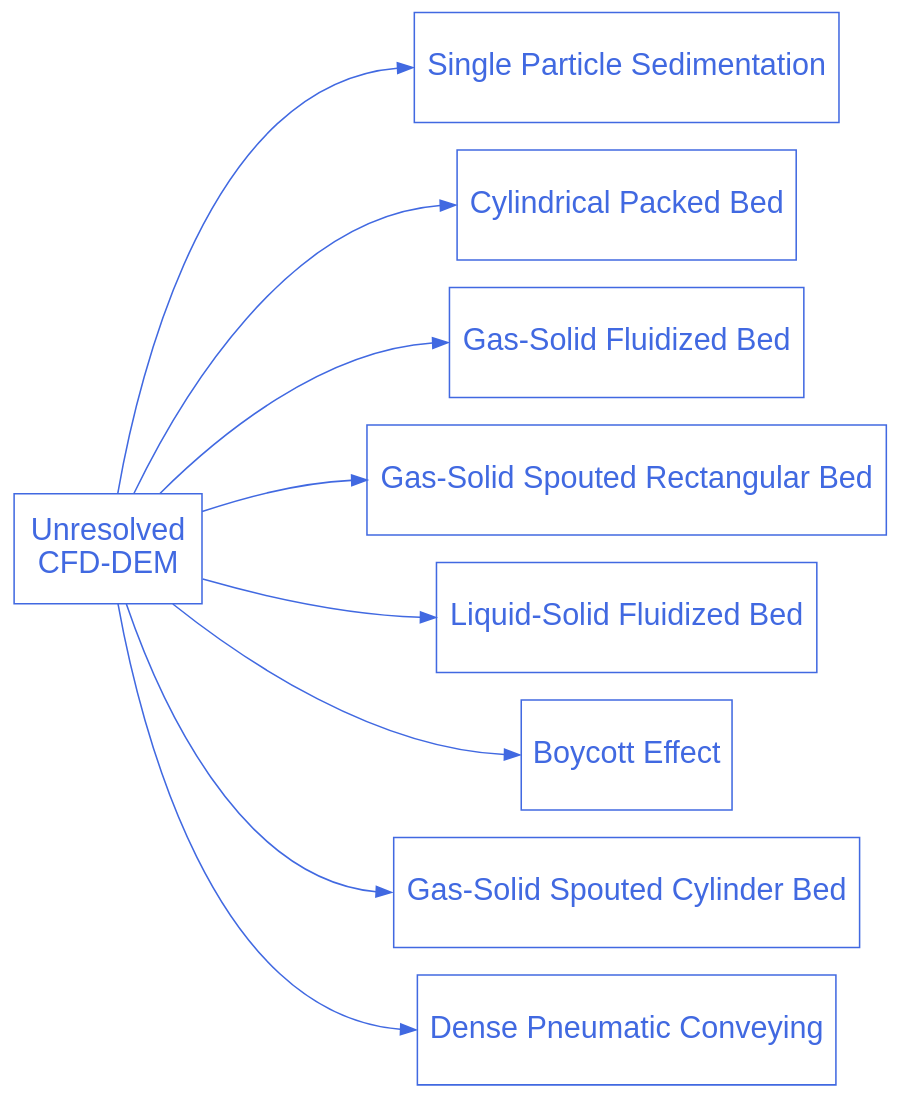
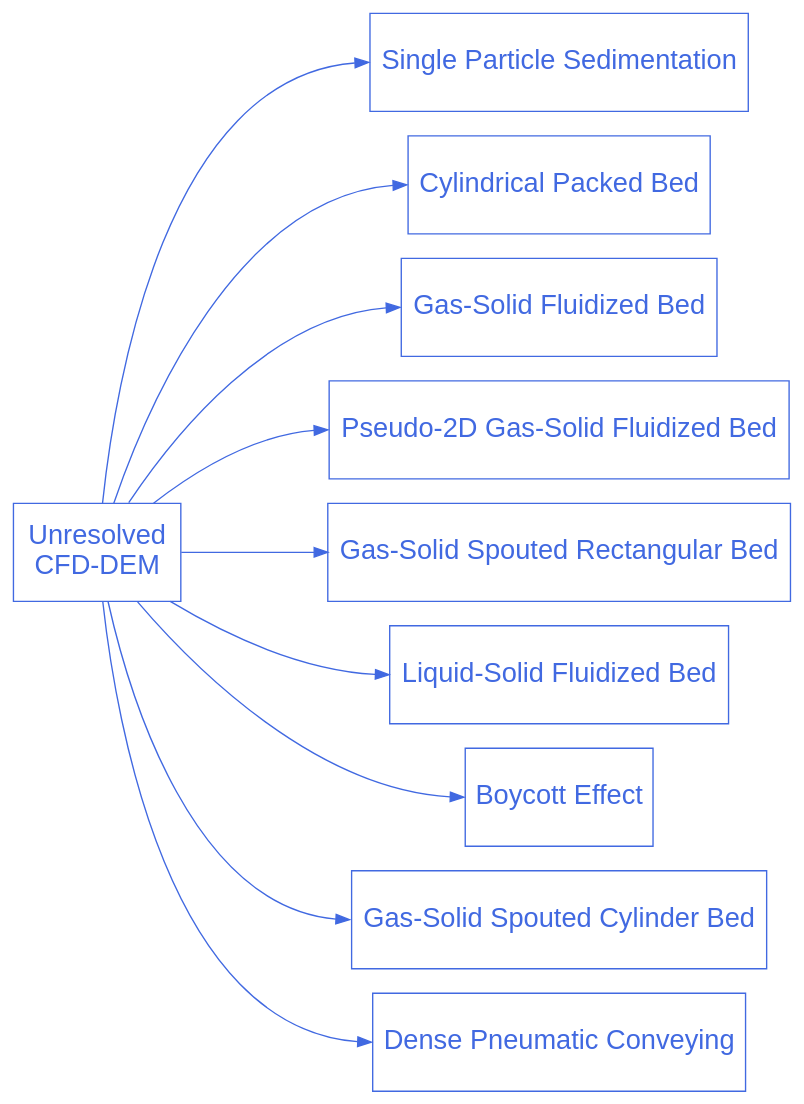
One commit to chaos-polymtl/lethe changed the diagram in doc/source/examples/unresolved-cfd-dem/unresolved-cfd-dem.rst. Above: the diagram before and after it, drawn with Graphviz.

Commit message:
solve merge

```diff
--- a/doc/source/examples/unresolved-cfd-dem/unresolved-cfd-dem.rst
+++ b/doc/source/examples/unresolved-cfd-dem/unresolved-cfd-dem.rst
@@ -21,36 +21,39 @@
 .. graphviz:: 
 
     digraph unresolved_cfd_dem_diagram {
       graph [bgcolor="transparent", align=true, ranksep=1.5];
       node [fontname=Arial, fontsize=20, shape=box, fontcolor=royalblue, color=royalblue, height=1];
       edge [color=royalblue];
       rankdir="LR";
       size = "9,9";
 
       unresolved_cfd_dem [label="Unresolved \nCFD-DEM", href="https://chaos-polymtl.github.io/lethe/documentation/examples/unresolved-cfd-dem/unresolved-cfd-dem.html"];
 
       cfd_dem_1 [label="Single Particle Sedimentation", href="https://chaos-polymtl.github.io/lethe/documentation/examples/unresolved-cfd-dem/single-particle-sedimentation/single-particle-sedimentation.html"];
 
       cfd_dem_2 [label="Cylindrical Packed Bed", href="https://chaos-polymtl.github.io/lethe/documentation/examples/unresolved-cfd-dem/cylindrical-packed-bed/cylindrical-packed-bed.html"];
 
       cfd_dem_3 [label="Gas-Solid Fluidized Bed", href="https://chaos-polymtl.github.io/lethe/documentation/examples/unresolved-cfd-dem/gas-solid-fluidized-bed/gas-solid-fluidized-bed.html"];
 
-      cfd_dem_4 [label="Gas-Solid Spouted Rectangular Bed", href="https://chaos-polymtl.github.io/lethe/documentation/examples/unresolved-cfd-dem/gas-solid-spouted-rectangular-bed/gas-solid-spouted-rectangular-bed.html"];
+      cfd_dem_4 [label="Pseudo-2D Gas-Solid Fluidized Bed", href="https://chaos-polymtl.github.io/lethe/documentation/examples/unresolved-cfd-dem/pseudo-2d-gas-solid-fluidized-bed/pseudo-2d-gas-solid-fluidized-bed.html"];
 
-      cfd_dem_5 [label="Liquid-Solid Fluidized Bed", href="https://chaos-polymtl.github.io/lethe/documentation/examples/unresolved-cfd-dem/liquid-solid-fluidized-bed/liquid-solid-fluidized-bed.html"];
+      cfd_dem_5 [label="Gas-Solid Spouted Rectangular Bed", href="https://chaos-polymtl.github.io/lethe/documentation/examples/unresolved-cfd-dem/gas-solid-spouted-rectangular-bed/gas-solid-spouted-rectangular-bed.html"];
 
-      cfd_dem_6 [label="Boycott Effect", href="https://chaos-polymtl.github.io/lethe/documentation/examples/unresolved-cfd-dem/boycott-effect/boycott-effect.html"];
+      cfd_dem_6 [label="Liquid-Solid Fluidized Bed", href="https://chaos-polymtl.github.io/lethe/documentation/examples/unresolved-cfd-dem/liquid-solid-fluidized-bed/liquid-solid-fluidized-bed.html"];
 
-      cfd_dem_7 [label="Gas-Solid Spouted Cylinder Bed", href="https://chaos-polymtl.github.io/lethe/documentation/examples/unresolved-cfd-dem/gas-solid-spouted-cylinder-bed/gas-solid-spouted-cylinder-bed.html"];
+      cfd_dem_7 [label="Boycott Effect", href="https://chaos-polymtl.github.io/lethe/documentation/examples/unresolved-cfd-dem/boycott-effect/boycott-effect.html"];
 
-      cfd_dem_8 [label="Dense Pneumatic Conveying", href="https://chaos-polymtl.github.io/lethe/documentation/examples/unresolved-cfd-dem/dense-pneumatic-conveying/dense-pneumatic-conveying.html"];
+      cfd_dem_8 [label="Gas-Solid Spouted Cylinder Bed", href="https://chaos-polymtl.github.io/lethe/documentation/examples/unresolved-cfd-dem/gas-solid-spouted-cylinder-bed/gas-solid-spouted-cylinder-bed.html"];
+
+      cfd_dem_9 [label="Dense Pneumatic Conveying", href="https://chaos-polymtl.github.io/lethe/documentation/examples/unresolved-cfd-dem/dense-pneumatic-conveying/dense-pneumatic-conveying.html"];
 
       unresolved_cfd_dem -> cfd_dem_1:w;
       unresolved_cfd_dem -> cfd_dem_2:w;
       unresolved_cfd_dem -> cfd_dem_3:w;
       unresolved_cfd_dem -> cfd_dem_4:w;
       unresolved_cfd_dem -> cfd_dem_5:w;
       unresolved_cfd_dem -> cfd_dem_6:w;
       unresolved_cfd_dem -> cfd_dem_7:w;
       unresolved_cfd_dem -> cfd_dem_8:w;
+      unresolved_cfd_dem -> cfd_dem_9:w;
     }
```
